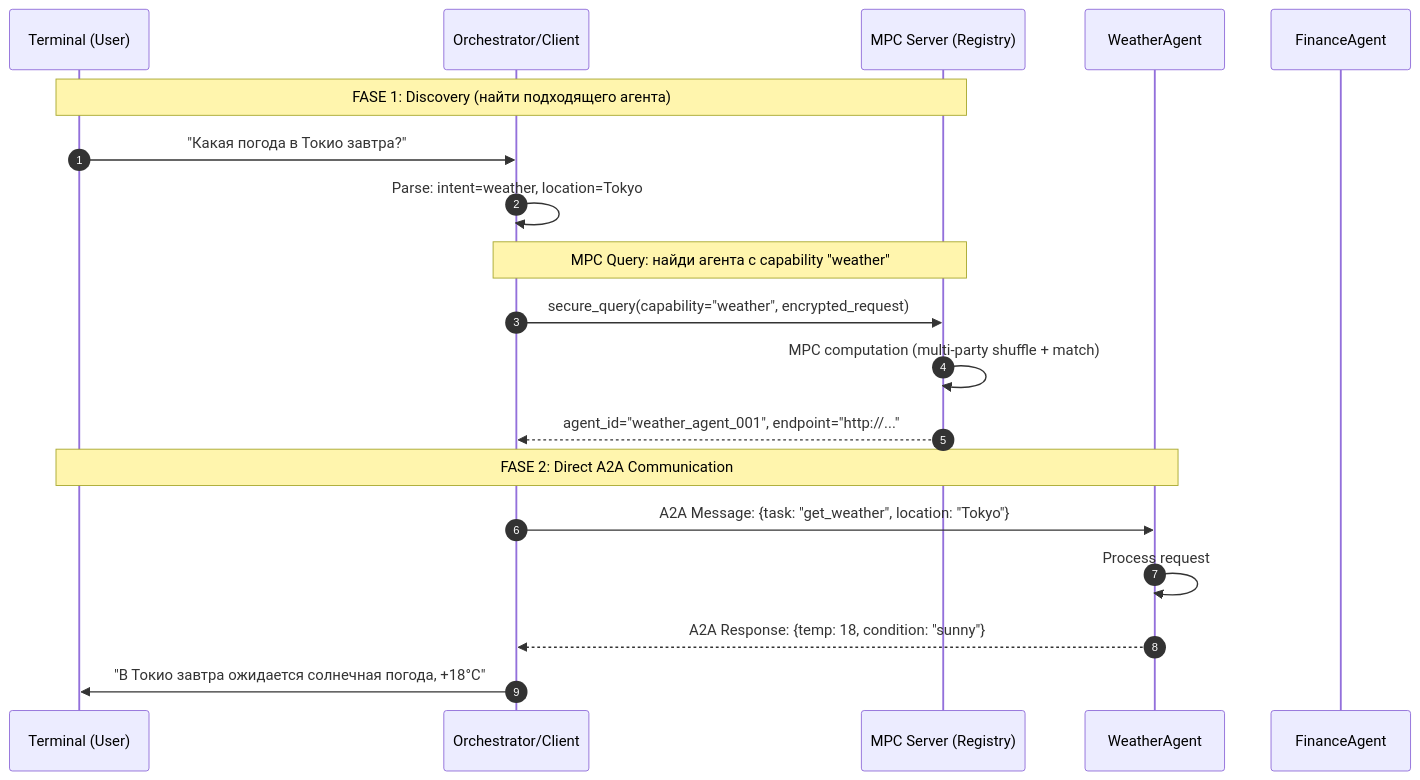
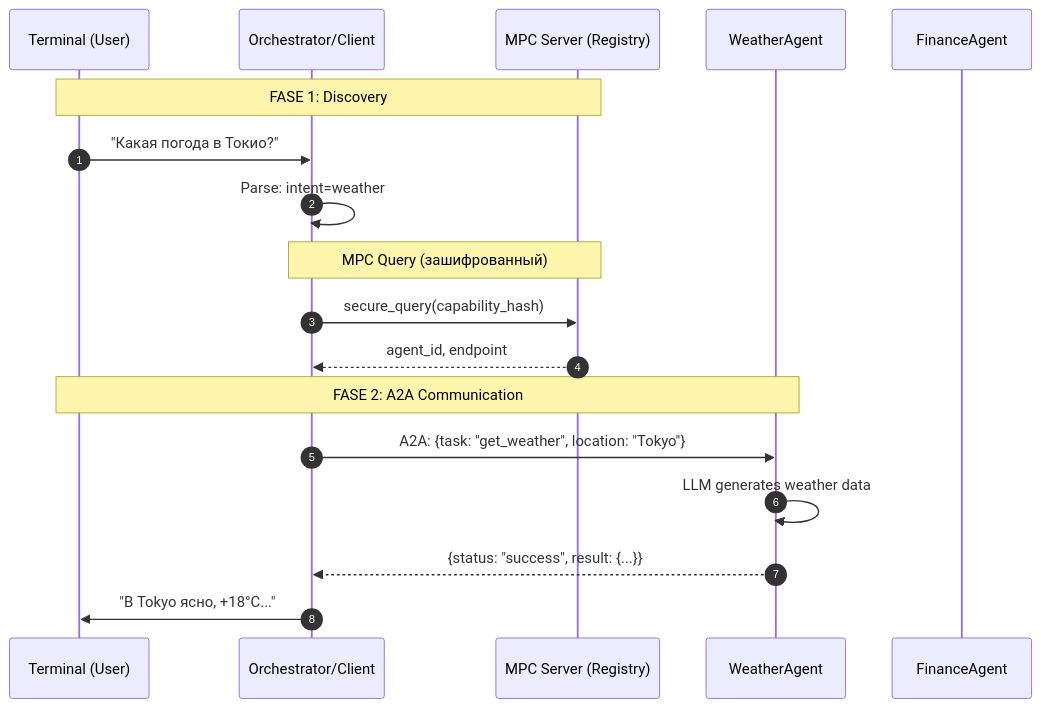
The diagram in README.md (DemonDis/agent_example), drawn with Mermaid before and after one commit. The commit also changed other lines of this file, not shown here.

Commit message:
docs: describe LLM-enabled architecture and agents

````diff
--- a/README.md
+++ b/README.md
@@ -55,27 +79,26 @@
 ```mermaid
 sequenceDiagram
     autonumber
     participant T as Terminal (User)
     participant C as Orchestrator/Client
     participant MPC as MPC Server (Registry)
     participant WA as WeatherAgent
     participant FA as FinanceAgent
 
-    Note over T,MPC: FASE 1: Discovery (найти подходящего агента)
+    Note over T,MPC: FASE 1: Discovery
 
-    T->>C: "Какая погода в Токио завтра?"
-    C->>C: Parse: intent=weather, location=Tokyo
+    T->>C: "Какая погода в Токио?"
+    C->>C: Parse: intent=weather
 
-    Note over C,MPC: MPC Query: найди агента с capability "weather"
-    C->>MPC: secure_query(capability="weather", encrypted_request)
-    MPC->>MPC: MPC computation (multi-party shuffle + match)
-    MPC-->>C: agent_id="weather_agent_001", endpoint="http://..."
+    Note over C,MPC: MPC Query (зашифрованный)
+    C->>MPC: secure_query(capability_hash)
+    MPC-->>C: agent_id, endpoint
 
-    Note over T,WA: FASE 2: Direct A2A Communication
+    Note over T,WA: FASE 2: A2A Communication
 
-    C->>WA: A2A Message: {task: "get_weather", location: "Tokyo"}
-    WA->>WA: Process request
-    WA-->>C: A2A Response: {temp: 18, condition: "sunny"}
+    C->>WA: A2A: {task: "get_weather", location: "Tokyo"}
+    WA->>WA: LLM generates weather data
+    WA-->>C: {status: "success", result: {...}}
 
-    C->>T: "В Токио завтра ожидается солнечная погода, +18°C"
+    C->>T: "В Tokyo ясно, +18°C..."
 ```
````
